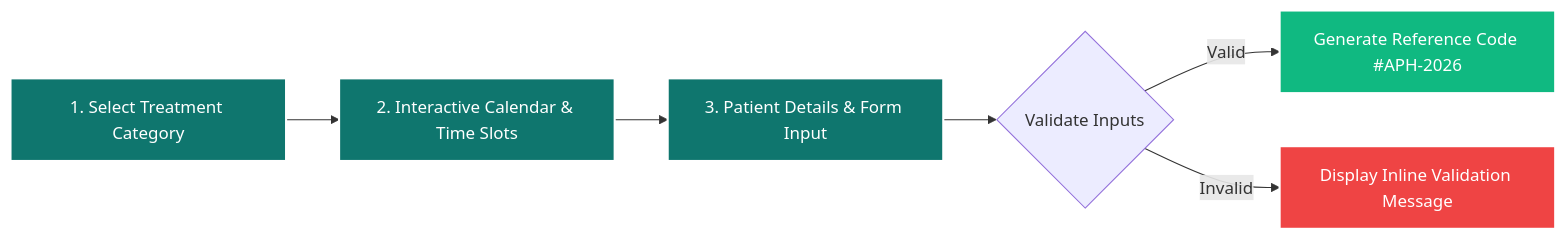
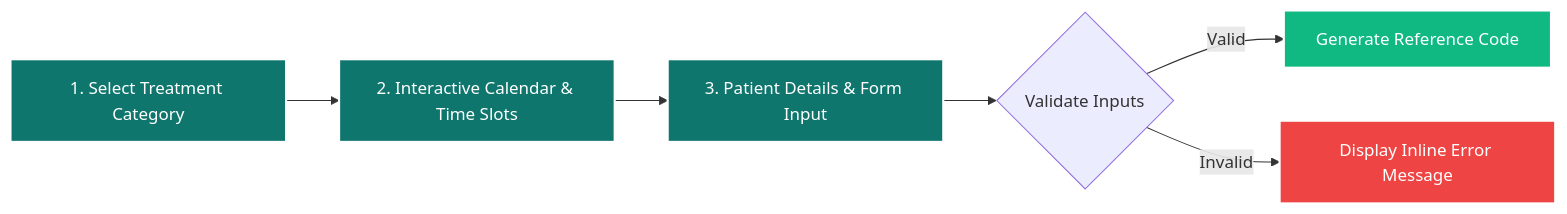
The diagram in README.md (rootali-dev/clinic-landing-ui), drawn with Mermaid before and after one commit. The commit also changed other lines of this file, not shown here.

````diff
--- a/README.md
+++ b/README.md
@@ -81,14 +137,14 @@
 ```mermaid
 graph LR
-    Step1[1. Select Treatment Category] --> Step2[2. Interactive Calendar & Time Slots]
-    Step2 --> Step3[3. Patient Details & Form Input]
-    Step3 --> Validate{Validate Inputs}
-    Validate -- Valid --> Success[Generate Reference Code #APH-2026]
-    Validate -- Invalid --> Error[Display Inline Validation Message]
+    Step1["1. Select Treatment Category"] --> Step2["2. Interactive Calendar & Time Slots"]
+    Step2 --> Step3["3. Patient Details & Form Input"]
+    Step3 --> Validate{"Validate Inputs"}
+    Validate -- "Valid" --> Success["Generate Reference Code"]
+    Validate -- "Invalid" --> Error["Display Inline Error Message"]
     
     style Step1 fill:#0F766E,stroke:#fff,stroke-width:2px,color:#fff
     style Step2 fill:#0F766E,stroke:#fff,stroke-width:2px,color:#fff
     style Step3 fill:#0F766E,stroke:#fff,stroke-width:2px,color:#fff
     style Success fill:#10B981,stroke:#fff,stroke-width:2px,color:#fff
     style Error fill:#EF4444,stroke:#fff,stroke-width:2px,color:#fff
 ```
````
